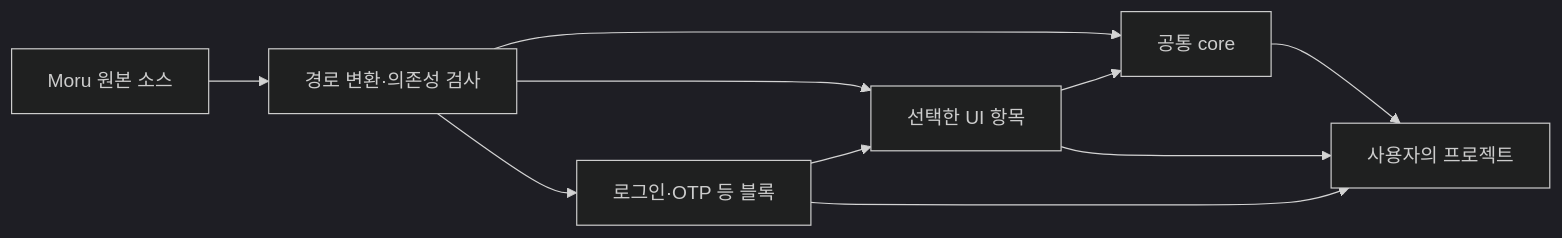
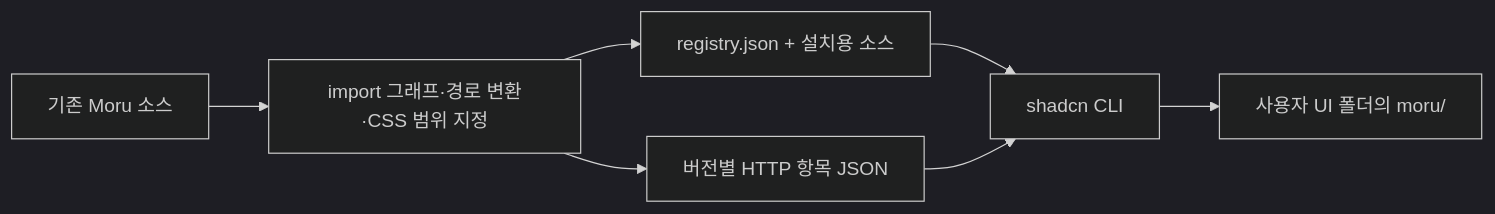
The diagram in docs/registry-plan.ko.md (syrus-riius/moru-ui), drawn with Mermaid (dark theme) before and after one commit. The commit also changed other lines of this file and 63 other files, not shown here.

Commit message:
Add versioned Moru component and authentication block registry

````diff
--- a/docs/registry-plan.ko.md
+++ b/docs/registry-plan.ko.md
@@ -34,12 +9,9 @@
 ```mermaid
 flowchart LR
-  Source["Moru 원본 소스"] --> Generate["경로 변환·의존성 검사"]
-  Generate --> Core["공통 core"]
-  Generate --> UI["선택한 UI 항목"]
-  Generate --> Block["로그인·OTP 등 블록"]
-  Block --> UI
-  UI --> Core
-  Core --> Project["사용자의 프로젝트"]
-  UI --> Project
-  Block --> Project
+  Source["기존 Moru 소스"] --> Build["import 그래프·경로 변환·CSS 범위 지정"]
+  Build --> GitHub["registry.json + 설치용 소스"]
+  Build --> HTTP["버전별 HTTP 항목 JSON"]
+  GitHub --> CLI["shadcn CLI"]
+  HTTP --> CLI
+  CLI --> App["사용자 UI 폴더의 moru/"]
 ```
````
